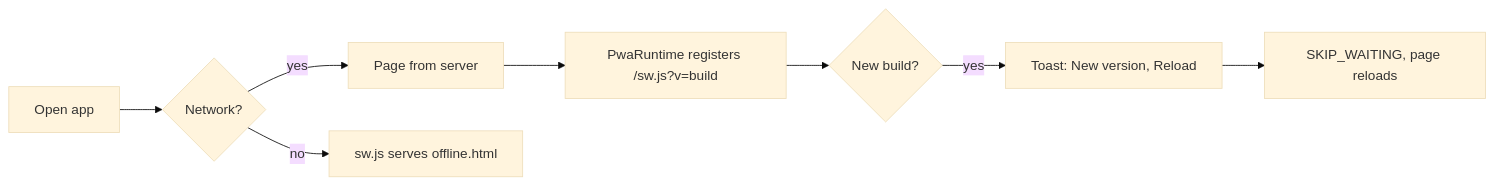
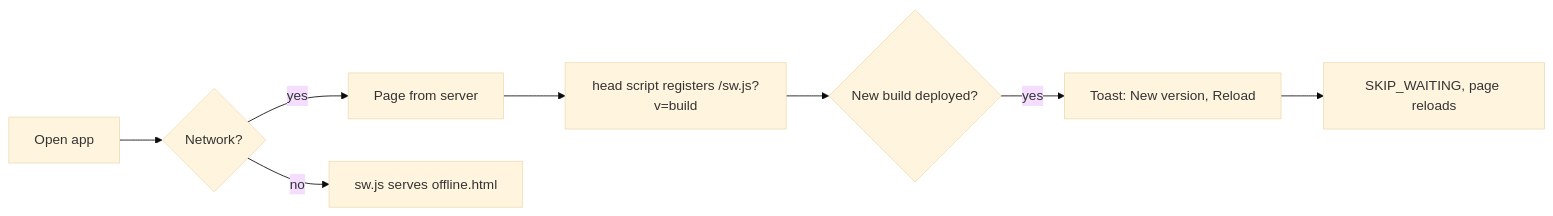
Before and after one commit to Ajamuar/pulse: the first of 3 diagrams in docs/pwa.md, drawn with Mermaid (base theme). The commit also changed other lines of this file and 2 other files, not shown here.

First line of the commit message:
docs: PWA guide for contributors and forks

````diff
--- a/docs/pwa.md
+++ b/docs/pwa.md
@@ -19,10 +24,10 @@
 ```mermaid
 flowchart LR
   A[Open app] --> B{Network?}
   B -- yes --> C[Page from server]
   B -- no --> D[sw.js serves offline.html]
-  C --> E[PwaRuntime registers /sw.js?v=build]
-  E --> F{New build?}
+  C --> E[head script registers /sw.js?v=build]
+  E --> F{New build deployed?}
   F -- yes --> G[Toast: New version, Reload]
   G --> H[SKIP_WAITING, page reloads]
 ```
````
